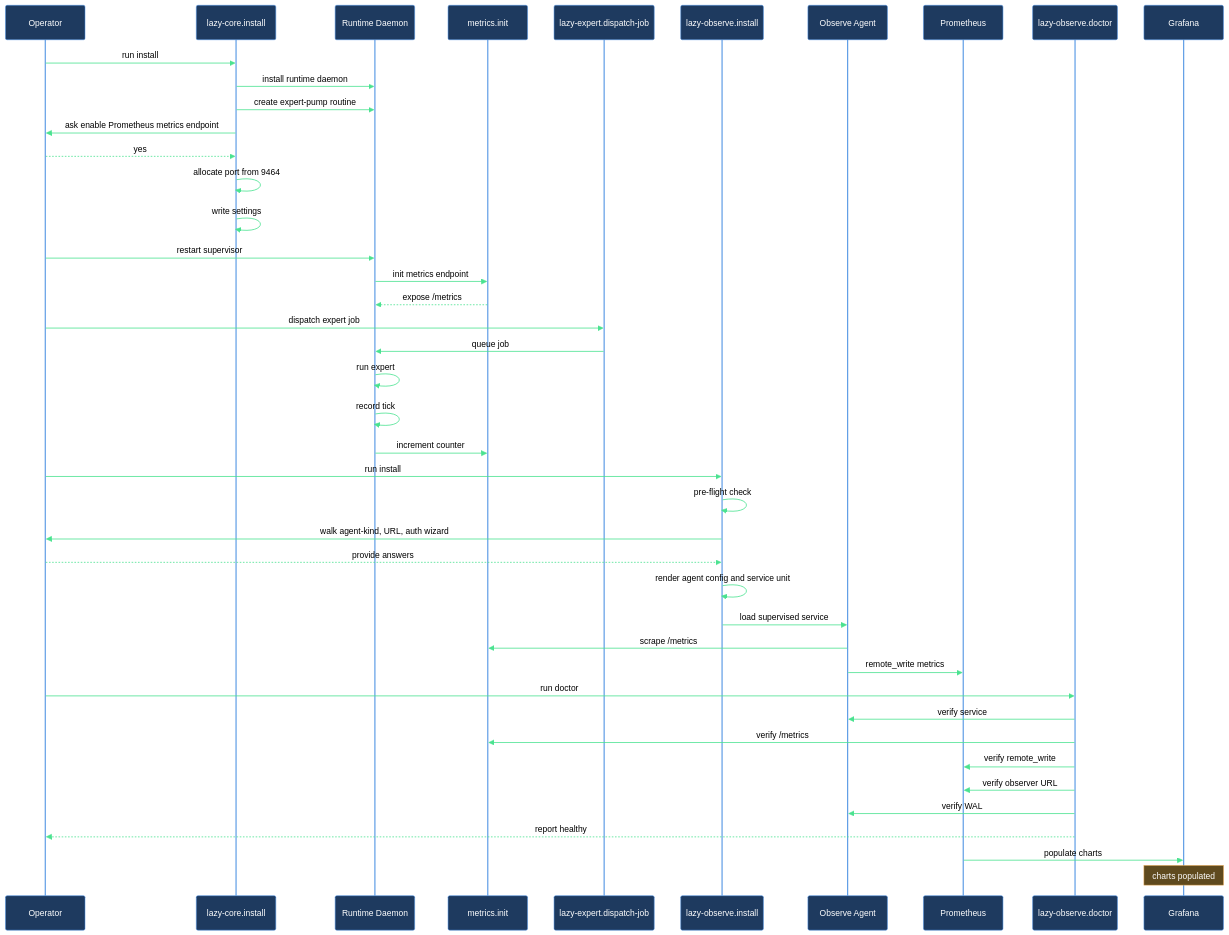
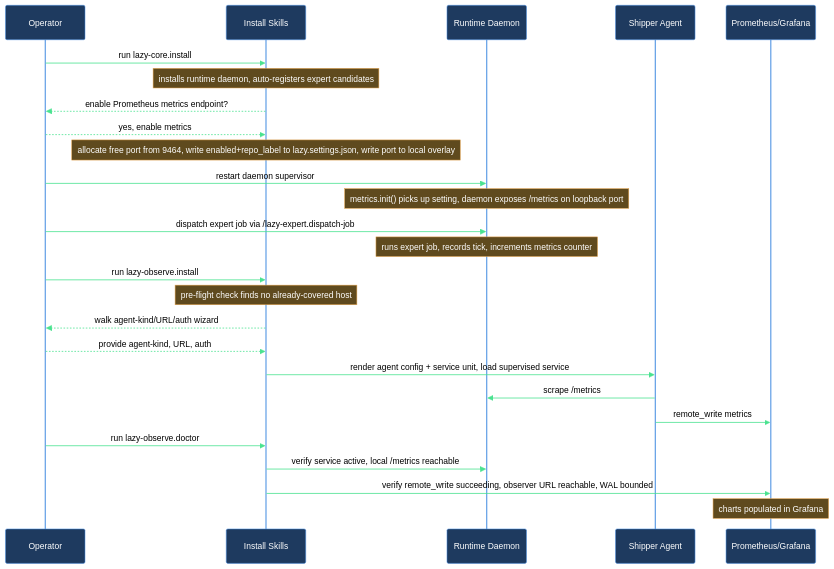
Before and after one commit to mebius-san/lazy-cortex: the diagram in claude/lazycortex-observe/help/walkthroughs/ship-metrics-end-to-end.md, drawn with Mermaid. The commit also changed other lines of this file and 28 other files, not shown here.

First line of the commit message:
release core 5.15.0, observe 0.6.0, python 2.0.1

````diff
--- a/claude/lazycortex-observe/help/walkthroughs/ship-metrics-end-to-end.md
+++ b/claude/lazycortex-observe/help/walkthroughs/ship-metrics-end-to-end.md
@@ -79,47 +80,30 @@
 ```mermaid
 %%{init: {'themeVariables':{'background':'transparent','primaryColor':'#1e3a5f','primaryBorderColor':'#4a90e2','primaryTextColor':'#fff','lineColor':'#4ae290','actorBkg':'#1e3a5f','actorBorder':'#4a90e2','actorTextColor':'#fff','actorLineColor':'#4a90e2','signalColor':'#4ae290','signalTextColor':'#000','noteBkgColor':'#5f4a1e','noteBorderColor':'#e2a14a','noteTextColor':'#fff','labelBoxBkgColor':'#5f4a1e','labelBoxBorderColor':'#e2a14a','labelTextColor':'#fff','loopTextColor':'#e2a14a'},'sequence':{'diagramPadding':5,'useMaxWidth':true}}}%%
 sequenceDiagram
   participant operator as Operator
-  participant coreInstall as lazy-core.install
+  participant installSkill as Install Skills
   participant daemon as Runtime Daemon
-  participant metrics as metrics.init
-  participant expertDispatch as lazy-expert.dispatch-job
-  participant observeInstall as lazy-observe.install
-  participant observeAgent as Observe Agent
-  participant prometheus as Prometheus
-  participant observeDoctor as lazy-observe.doctor
-  participant grafana as Grafana
+  participant shipperAgent as Shipper Agent
+  participant prometheus as Prometheus/Grafana
 
-  operator->>coreInstall: run install
-  coreInstall->>daemon: install runtime daemon
-  coreInstall->>daemon: create expert-pump routine
-  coreInstall->>operator: ask enable Prometheus metrics endpoint
-  operator-->>coreInstall: yes
-  coreInstall->>coreInstall: allocate port from 9464
-  coreInstall->>coreInstall: write settings
-  operator->>daemon: restart supervisor
-  daemon->>metrics: init metrics endpoint
-  metrics-->>daemon: expose /metrics
-  operator->>expertDispatch: dispatch expert job
-  expertDispatch->>daemon: queue job
-  daemon->>daemon: run expert
-  daemon->>daemon: record tick
-  daemon->>metrics: increment counter
-  operator->>observeInstall: run install
-  observeInstall->>observeInstall: pre-flight check
-  observeInstall->>operator: walk agent-kind, URL, auth wizard
-  operator-->>observeInstall: provide answers
-  observeInstall->>observeInstall: render agent config and service unit
-  observeInstall->>observeAgent: load supervised service
-  observeAgent->>metrics: scrape /metrics
-  observeAgent->>prometheus: remote_write metrics
-  operator->>observeDoctor: run doctor
-  observeDoctor->>observeAgent: verify service
-  observeDoctor->>metrics: verify /metrics
-  observeDoctor->>prometheus: verify remote_write
-  observeDoctor->>prometheus: verify observer URL
-  observeDoctor->>observeAgent: verify WAL
-  observeDoctor-->>operator: report healthy
-  prometheus->>grafana: populate charts
-  Note over grafana: charts populated
+  operator->>installSkill: run lazy-core.install
+  Note over installSkill: installs runtime daemon, auto-registers expert candidates
+  installSkill-->>operator: enable Prometheus metrics endpoint?
+  operator-->>installSkill: yes, enable metrics
+  Note over installSkill: allocate free port from 9464, write enabled+repo_label to lazy.settings.json, write port to local overlay
+  operator->>daemon: restart daemon supervisor
+  Note over daemon: metrics.init() picks up setting, daemon exposes /metrics on loopback port
+  operator->>daemon: dispatch expert job via /lazy-expert.dispatch-job
+  Note over daemon: runs expert job, records tick, increments metrics counter
+  operator->>installSkill: run lazy-observe.install
+  Note over installSkill: pre-flight check finds no already-covered host
+  installSkill-->>operator: walk agent-kind/URL/auth wizard
+  operator-->>installSkill: provide agent-kind, URL, auth
+  installSkill->>shipperAgent: render agent config + service unit, load supervised service
+  shipperAgent->>daemon: scrape /metrics
+  shipperAgent->>prometheus: remote_write metrics
+  operator->>installSkill: run lazy-observe.doctor
+  installSkill->>daemon: verify service active, local /metrics reachable
+  installSkill->>prometheus: verify remote_write succeeding, observer URL reachable, WAL bounded
+  Note over prometheus: charts populated in Grafana
 ```
````
